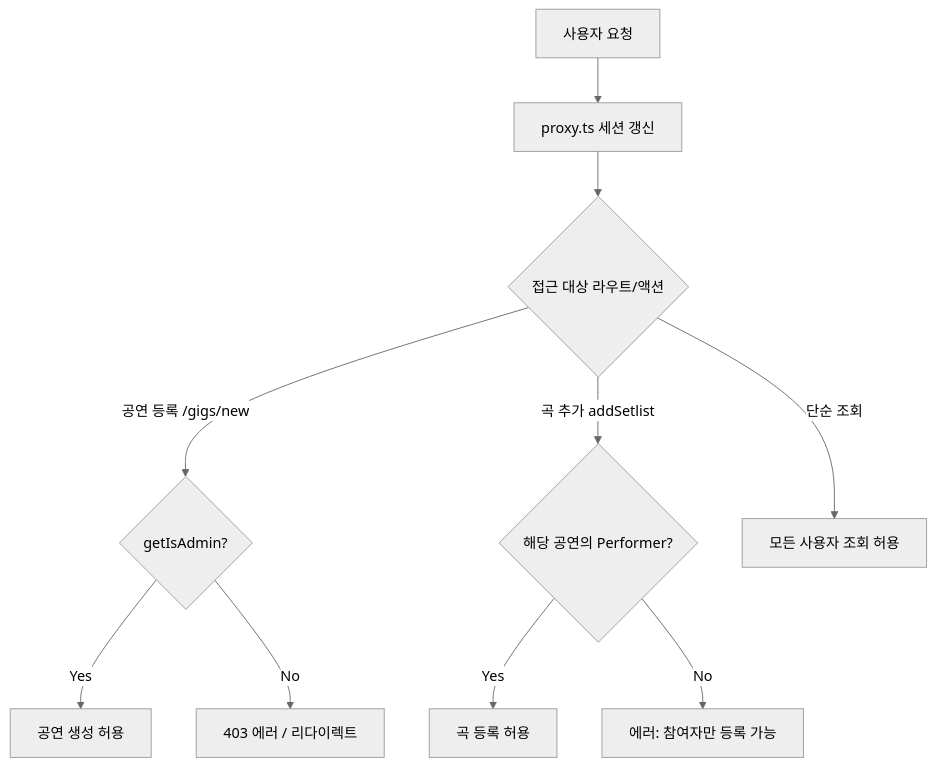
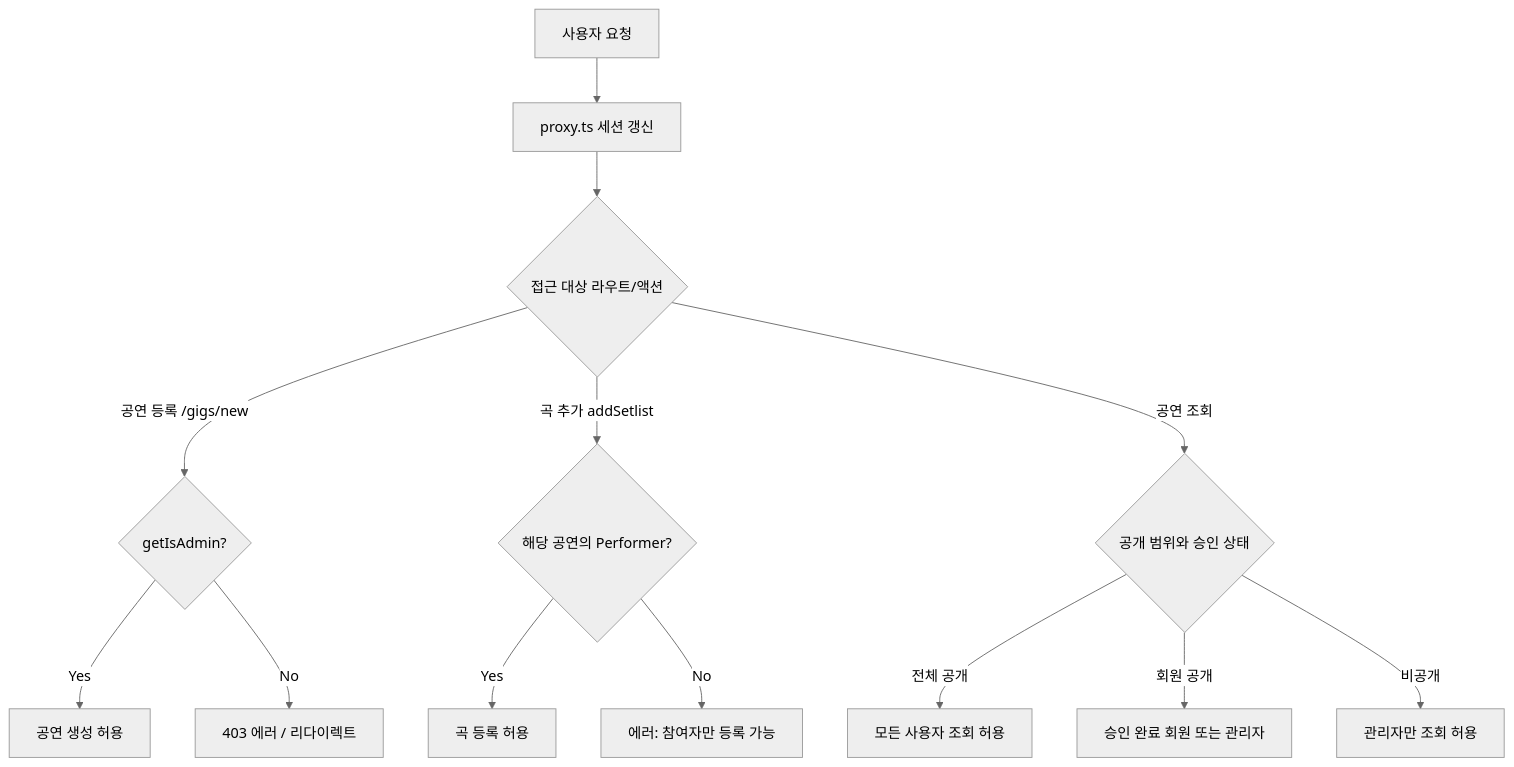
One commit to TeraByte1024/sokna changed the diagram in docs/features/roles-and-permissions.md. Above: the diagram before and after it, drawn with Mermaid (neutral theme). The commit also changed other lines of this file and 19 other files, not shown here.

````diff
--- a/docs/features/roles-and-permissions.md
+++ b/docs/features/roles-and-permissions.md
@@ -105,15 +108,18 @@
 ```mermaid
 flowchart TD
     Req[사용자 요청] --> Proxy[proxy.ts 세션 갱신]
     Proxy --> Route{접근 대상 라우트/액션}
     
     Route -->|공연 등록 /gigs/new| AdminCheck{getIsAdmin?}
     AdminCheck -->|Yes| AllowAdmin[공연 생성 허용]
     AdminCheck -->|No| DenyAdmin[403 에러 / 리다이렉트]
     
     Route -->|곡 추가 addSetlist| PerformerCheck{해당 공연의 Performer?}
     PerformerCheck -->|Yes| AllowSetlist[곡 등록 허용]
     PerformerCheck -->|No| DenySetlist[에러: 참여자만 등록 가능]
     
-    Route -->|단순 조회| PublicRead[모든 사용자 조회 허용]
+    Route -->|공연 조회| VisibilityCheck{공개 범위와 승인 상태}
+    VisibilityCheck -->|전체 공개| PublicRead[모든 사용자 조회 허용]
+    VisibilityCheck -->|회원 공개| MemberRead[승인 완료 회원 또는 관리자]
+    VisibilityCheck -->|비공개| AdminRead[관리자만 조회 허용]
 ```
````
